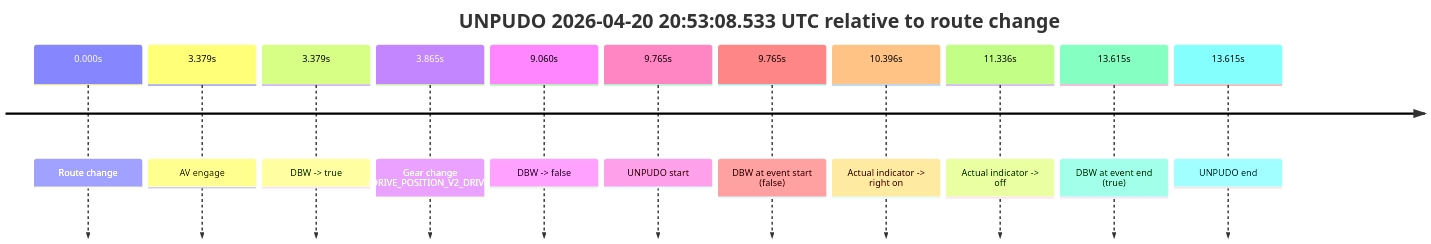
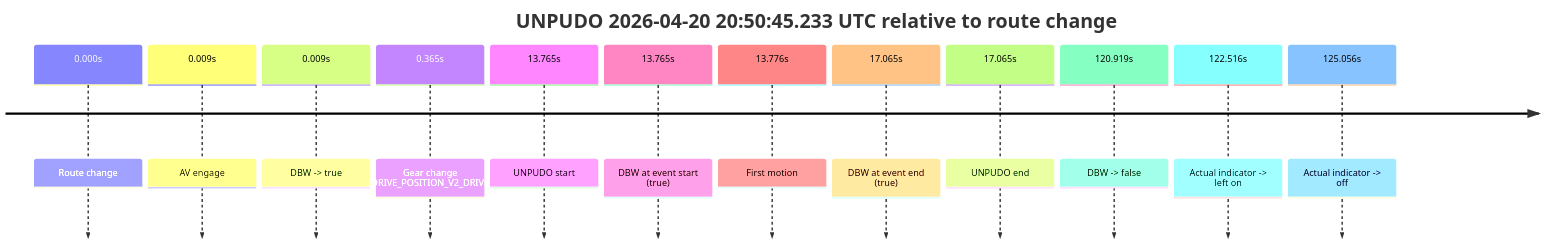
Before and after one commit to yoelshapiro/vault: the fifth of 6 diagrams in model_analysis/report_cards/2026/04/Week-4/fme20038--2026-04-20--20-14-14--gen2-av-64bfb241-2a77-49b3-9a73-b3fb4cc1406d.md, drawn with Mermaid. The commit also changed other lines of this file and 1 other file, not shown here.

````diff
--- a/model_analysis/report_cards/2026/04/Week-4/fme20038--2026-04-20--20-14-14--gen2-av-64bfb241-2a77-49b3-9a73-b3fb4cc1406d.md
+++ b/model_analysis/report_cards/2026/04/Week-4/fme20038--2026-04-20--20-14-14--gen2-av-64bfb241-2a77-49b3-9a73-b3fb4cc1406d.md
@@ -798,15 +415,16 @@
 ```mermaid
 timeline
-    title UNPUDO 2026-04-20 20:53:08.533 UTC relative to route change
+    title UNPUDO 2026-04-20 20:50:45.233 UTC relative to route change
     0.000s : Route change
-    3.379s : AV engage
-    3.379s : DBW -> true
-    3.865s : Gear change (DRIVE_POSITION_V2_DRIVE)
-    9.060s : DBW -> false
-    9.765s : UNPUDO start
-    9.765s : DBW at event start (false)
-    10.396s : Actual indicator -> right on
-    11.336s : Actual indicator -> off
-    13.615s : DBW at event end (true)
-    13.615s : UNPUDO end
+    0.009s : AV engage
+    0.009s : DBW -> true
+    0.365s : Gear change (DRIVE_POSITION_V2_DRIVE)
+    13.765s : UNPUDO start
+    13.765s : DBW at event start (true)
+    13.776s : First motion
+    17.065s : DBW at event end (true)
+    17.065s : UNPUDO end
+    120.919s : DBW -> false
+    122.516s : Actual indicator -> left on
+    125.056s : Actual indicator -> off
 ```
````
